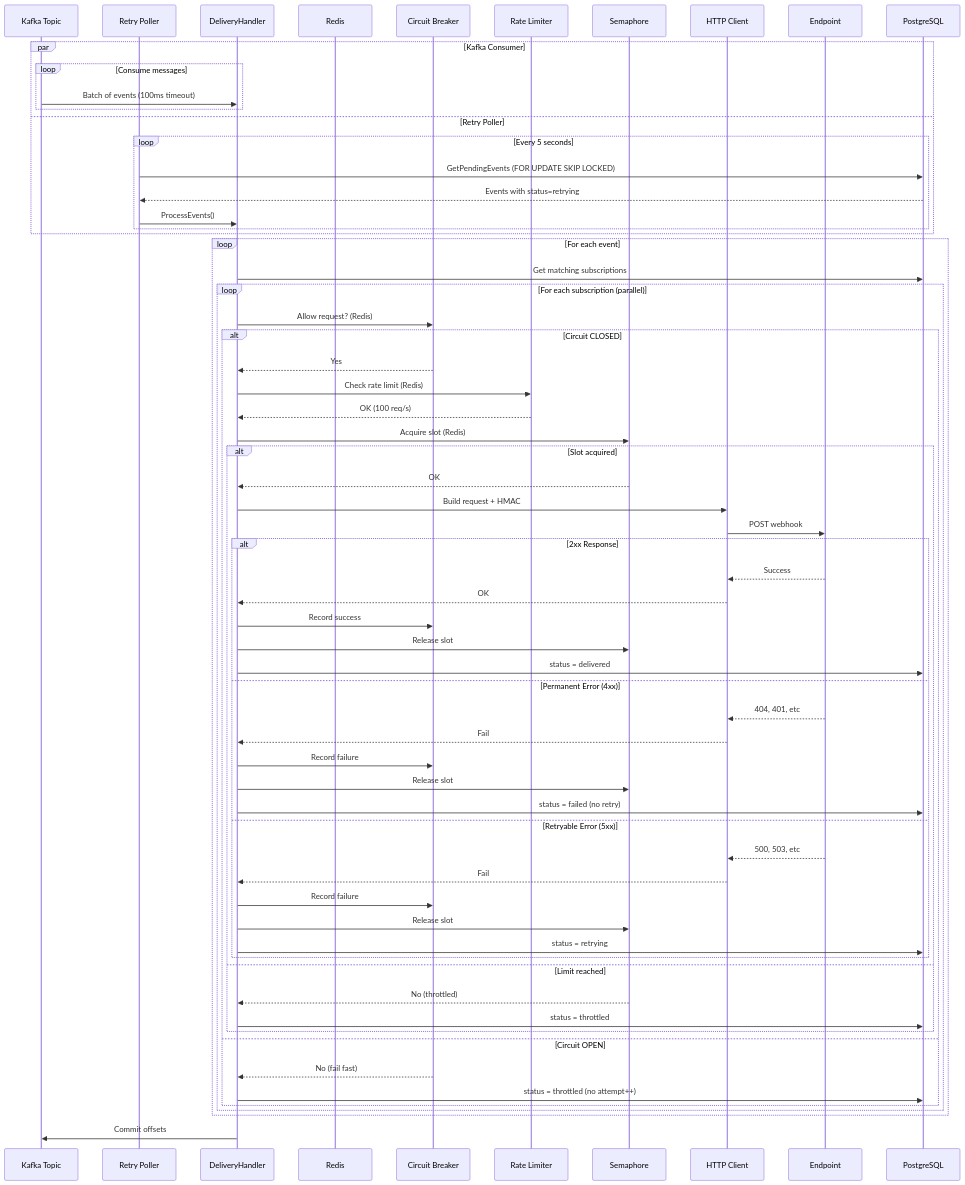
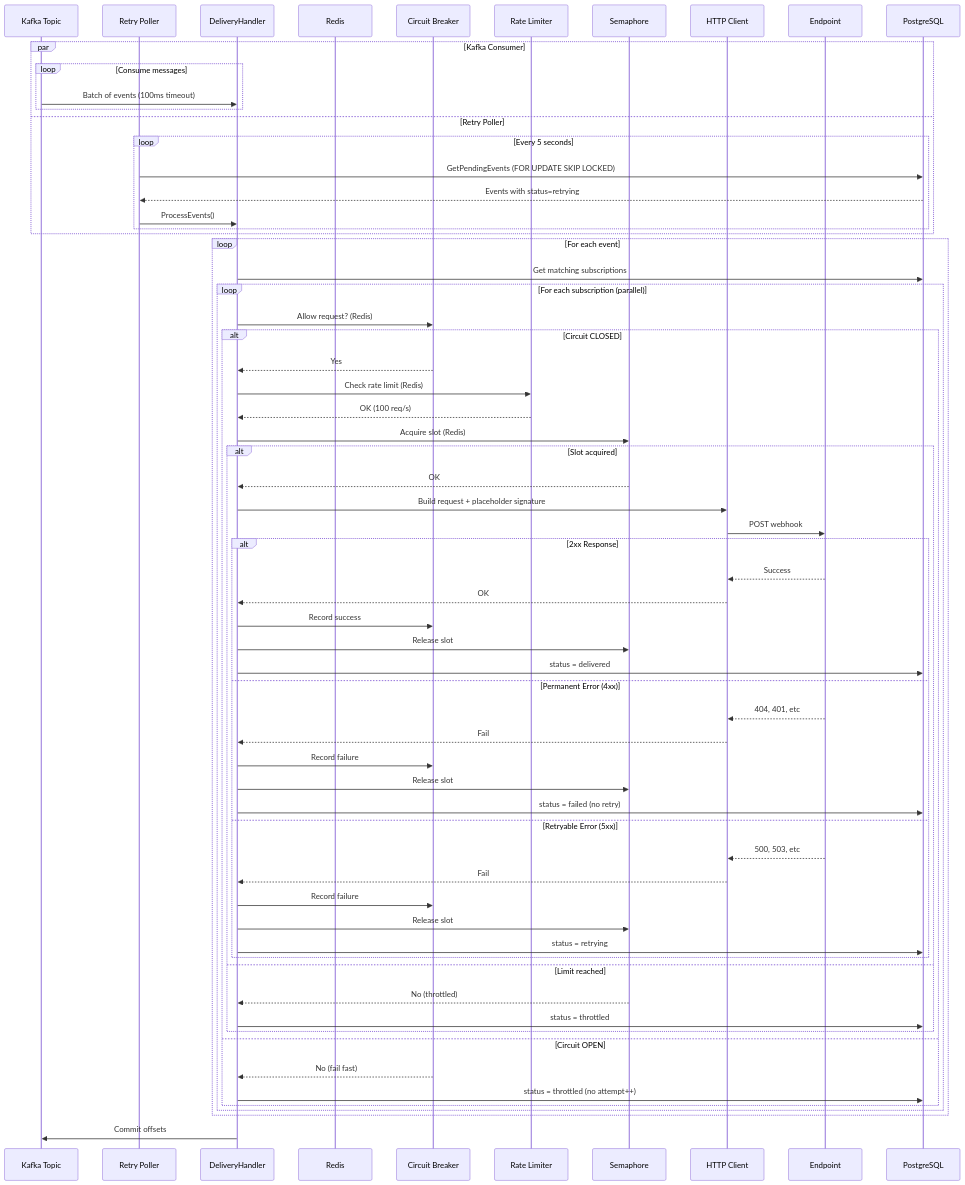
Before and after one commit to felipepmaragno/webhook-service: the fifth of 13 diagrams in docs/architecture.md, drawn with Mermaid. The commit also changed other lines of this file and 9 other files, not shown here.

````diff
--- a/docs/architecture.md
+++ b/docs/architecture.md
@@ -196,75 +196,75 @@
 ```mermaid
 sequenceDiagram
     participant Kafka as Kafka Topic
     participant Poller as Retry Poller
     participant Worker as DeliveryHandler
     participant Redis as Redis
     participant CB as Circuit Breaker
     participant RL as Rate Limiter
     participant Sem as Semaphore
     participant HTTP as HTTP Client
     participant Endpoint
     participant DB as PostgreSQL
 
     par Kafka Consumer
         loop Consume messages
             Kafka->>Worker: Batch of events (100ms timeout)
         end
     and Retry Poller
         loop Every 5 seconds
             Poller->>DB: GetPendingEvents (FOR UPDATE SKIP LOCKED)
             DB-->>Poller: Events with status=retrying
             Poller->>Worker: ProcessEvents()
         end
     end
     
     loop For each event
         Worker->>DB: Get matching subscriptions
         
         loop For each subscription (parallel)
             Worker->>CB: Allow request? (Redis)
             
             alt Circuit CLOSED
                 CB-->>Worker: Yes
                 Worker->>RL: Check rate limit (Redis)
                 RL-->>Worker: OK (100 req/s)
                 Worker->>Sem: Acquire slot (Redis)
                 
                 alt Slot acquired
                     Sem-->>Worker: OK
-                    Worker->>HTTP: Build request + HMAC
+                    Worker->>HTTP: Build request + placeholder signature
                     HTTP->>Endpoint: POST webhook
                     
                     alt 2xx Response
                         Endpoint-->>HTTP: Success
                         HTTP-->>Worker: OK
                         Worker->>CB: Record success
                         Worker->>Sem: Release slot
                         Worker->>DB: status = delivered
                     else Permanent Error (4xx)
                         Endpoint-->>HTTP: 404, 401, etc
                         HTTP-->>Worker: Fail
                         Worker->>CB: Record failure
                         Worker->>Sem: Release slot
                         Worker->>DB: status = failed (no retry)
                     else Retryable Error (5xx)
                         Endpoint-->>HTTP: 500, 503, etc
                         HTTP-->>Worker: Fail
                         Worker->>CB: Record failure
                         Worker->>Sem: Release slot
                         Worker->>DB: status = retrying
                     end
                 else Limit reached
                     Sem-->>Worker: No (throttled)
                     Worker->>DB: status = throttled
                 end
                 
             else Circuit OPEN
                 CB-->>Worker: No (fail fast)
                 Worker->>DB: status = throttled (no attempt++)
             end
         end
     end
     
     Worker->>Kafka: Commit offsets
 ```
````
